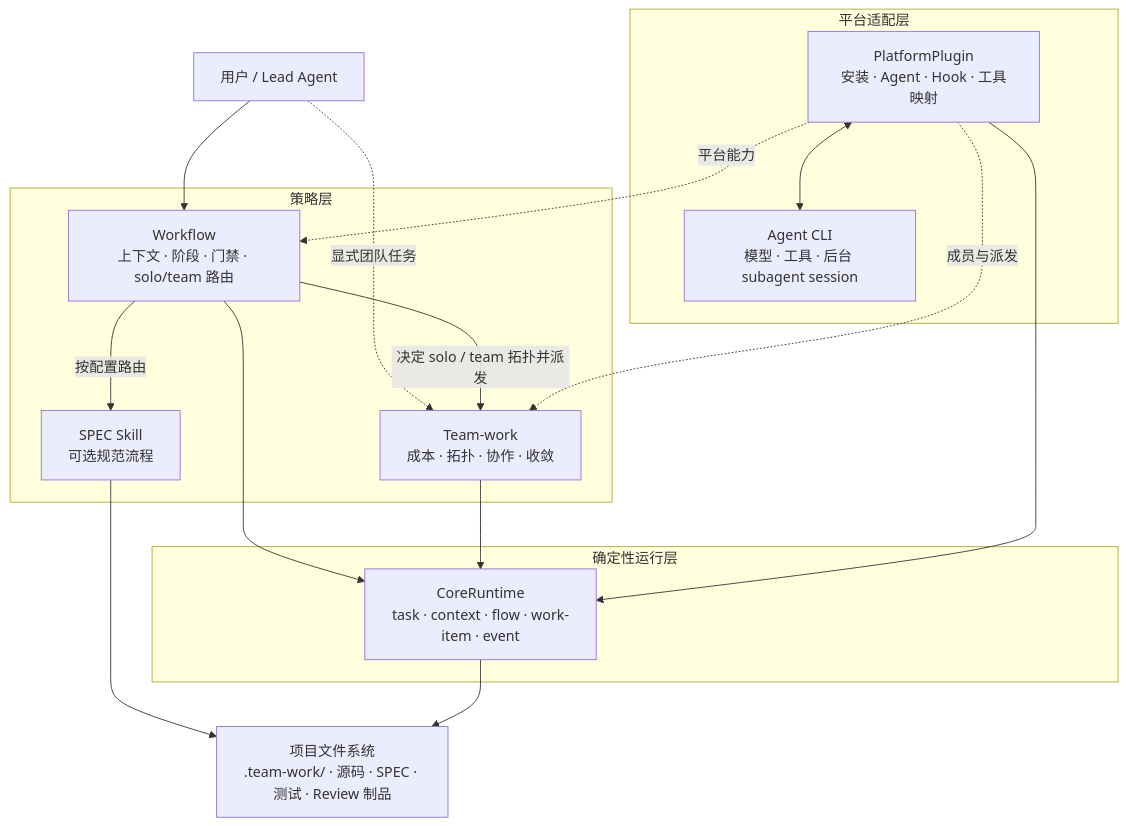
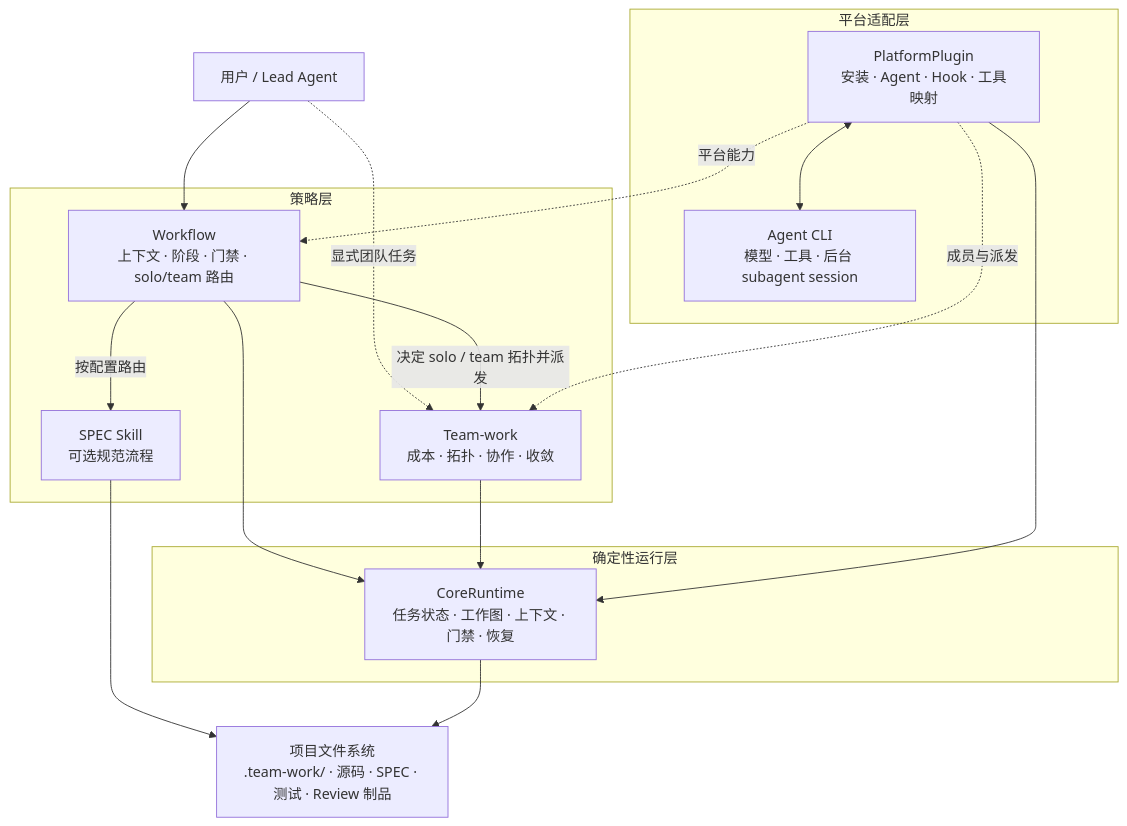
One commit to liyangink/team-work-runtime changed the first of 3 diagrams in README.md. Above: the diagram before and after it, drawn with Mermaid. The commit also changed other lines of this file and 123 other files, not shown here.

````diff
--- a/README.md
+++ b/README.md
@@ -11,34 +11,34 @@
 ```mermaid
 flowchart TB
   User["用户 / Lead Agent"]
 
   subgraph Policy["策略层"]
     Workflow["Workflow<br/>上下文 · 阶段 · 门禁 · solo/team 路由"]
     Teamwork["Team-work<br/>成本 · 拓扑 · 协作 · 收敛"]
     Spec["SPEC Skill<br/>可选规范流程"]
   end
 
   subgraph Runtime["确定性运行层"]
-    Core["CoreRuntime<br/>task · context · flow · work-item · event"]
+    Core["CoreRuntime<br/>任务状态 · 工作图 · 上下文 · 门禁 · 恢复"]
   end
 
   subgraph Platform["平台适配层"]
     Plugin["PlatformPlugin<br/>安装 · Agent · Hook · 工具映射"]
     Host["Agent CLI<br/>模型 · 工具 · 后台 subagent session"]
   end
 
   Files["项目文件系统<br/>.team-work/ · 源码 · SPEC · 测试 · Review 制品"]
 
   User --> Workflow
   User -. "显式团队任务" .-> Teamwork
   Workflow -- "决定 solo / team 拓扑并派发" --> Teamwork
   Workflow -- "按配置路由" --> Spec
   Workflow --> Core
   Teamwork --> Core
   Plugin -. "平台能力" .-> Workflow
   Plugin -. "成员与派发" .-> Teamwork
   Plugin <--> Host
   Plugin --> Core
   Spec --> Files
   Core --> Files
 ```
````
